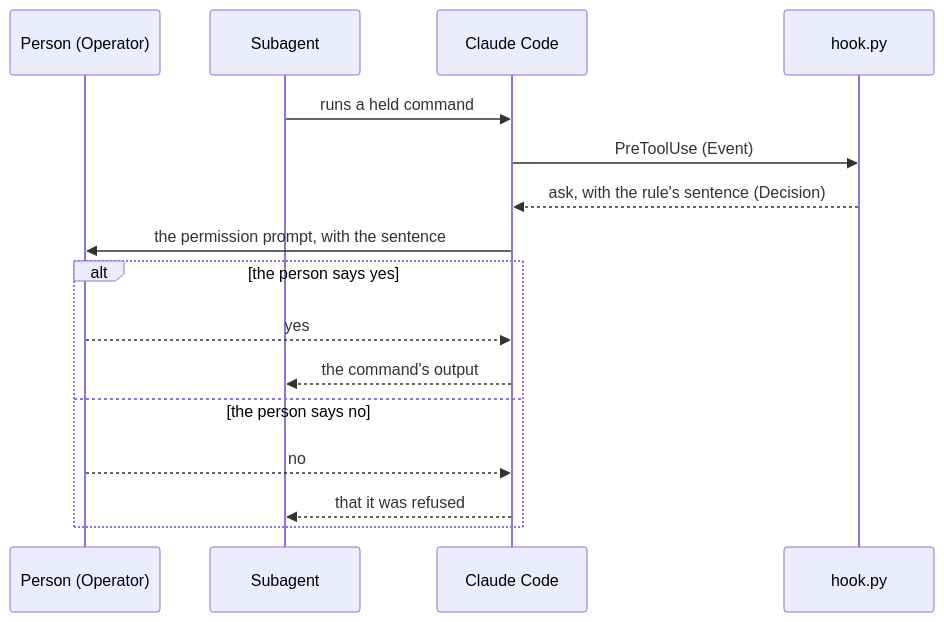
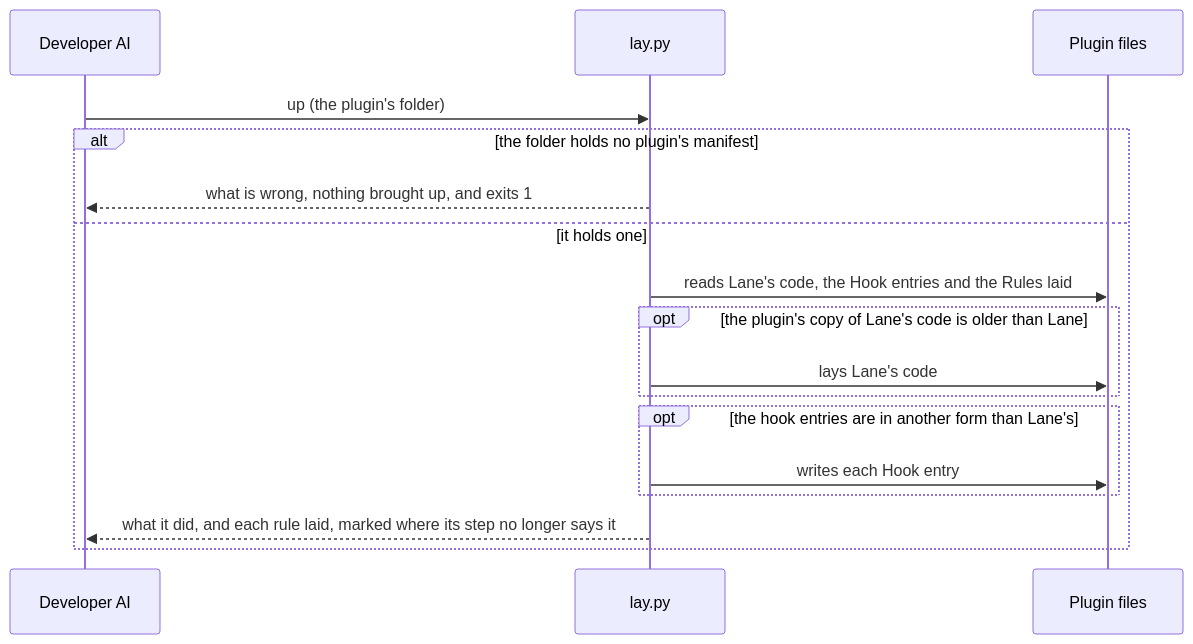
The seventh of 7 diagrams in dev/lane/architecture.md (lovaizu/ccpm), drawn with Mermaid before and after one commit. The commit also changed other lines of this file and 5 other files, not shown here.

````diff
--- a/dev/lane/architecture.md
+++ b/dev/lane/architecture.md
@@ -487,18 +560,19 @@
 ```mermaid
 sequenceDiagram
-  participant P as Person (Operator)
-  participant SA as Subagent
-  participant CC as Claude Code
-  participant H as hook.py
-  SA->>CC: runs a held command
-  CC->>H: PreToolUse (Event)
-  H-->>CC: ask, with the rule's sentence (Decision)
-  CC->>P: the permission prompt, with the sentence
-  alt the person says yes
-    P-->>CC: yes
-    CC-->>SA: the command's output
-  else the person says no
-    P-->>CC: no
-    CC-->>SA: that it was refused
+  participant DA as Developer AI
+  participant L as lay.py
+  participant PF as Plugin files
+  DA->>L: up (the plugin's folder)
+  alt the folder holds no plugin's manifest
+    L-->>DA: what is wrong, nothing brought up, and exits 1
+  else it holds one
+    L->>PF: reads Lane's code, the Hook entries and the Rules laid
+    opt the plugin's copy of Lane's code is older than Lane
+      L->>PF: lays Lane's code
+    end
+    opt the hook entries are in another form than Lane's
+      L->>PF: writes each Hook entry
+    end
+    L-->>DA: what it did, and each rule laid, marked where its step no longer says it
   end
 ```
````
